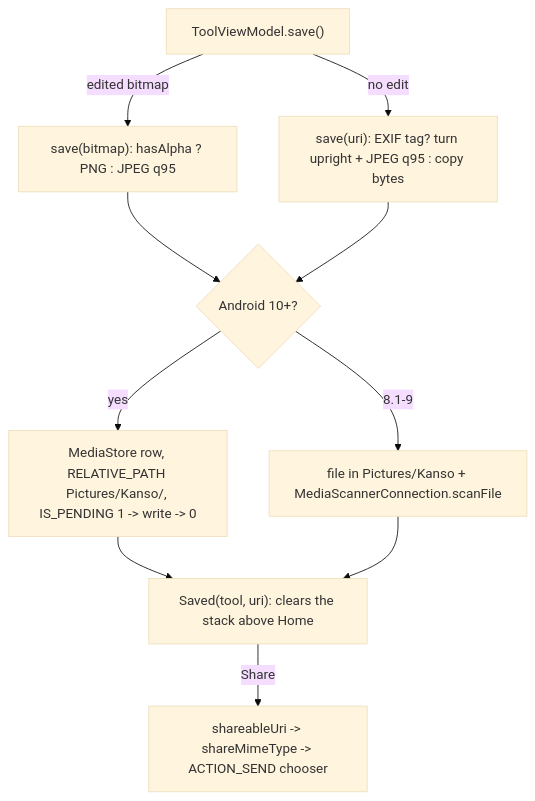
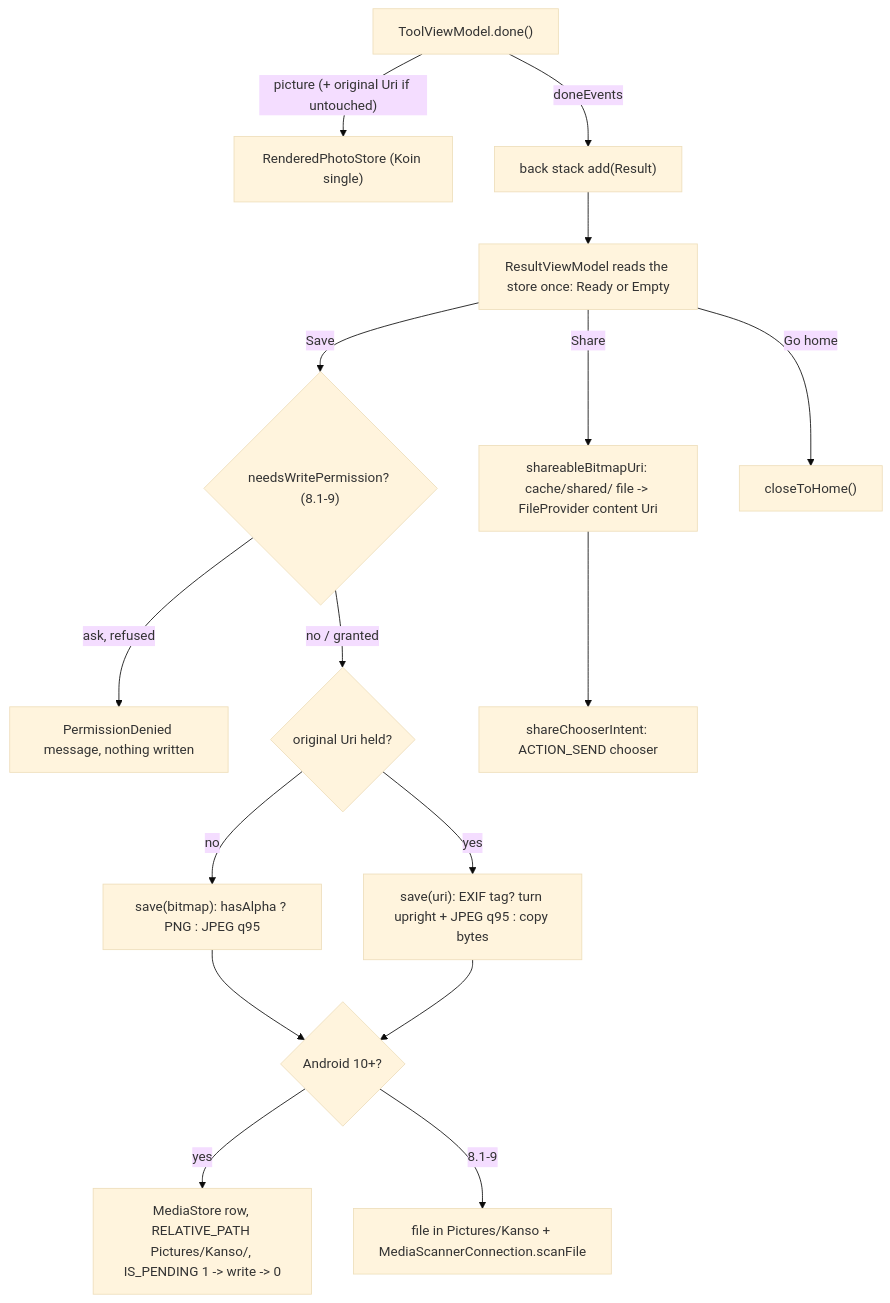
The diagram in docs/features/saving-and-share.md (Phong-Kaster/Kanso), drawn with Mermaid (base theme) before and after one commit. The commit also changed other lines of this file and 39 other files, not shown here.

Commit message:
loop(phase-6): Edit docs, ADR-003, glossary and 14 new Edit pictures; every task complete

````diff
--- a/docs/features/saving-and-share.md
+++ b/docs/features/saving-and-share.md
@@ -43,12 +60,18 @@
 ```mermaid
 flowchart TD
-    A["ToolViewModel.save()"] -->|"edited bitmap"| B["save(bitmap): hasAlpha ? PNG : JPEG q95"]
-    A -->|"no edit"| C["save(uri): EXIF tag? turn upright + JPEG q95 : copy bytes"]
-    B --> D{"Android 10+?"}
-    C --> D
-    D -->|yes| E["MediaStore row, RELATIVE_PATH Pictures/Kanso/, IS_PENDING 1 -> write -> 0"]
-    D -->|"8.1-9"| F["file in Pictures/Kanso + MediaScannerConnection.scanFile"]
-    E --> G["Saved(tool, uri): clears the stack above Home"]
-    F --> G
-    G -->|Share| H["shareableUri -> shareMimeType -> ACTION_SEND chooser"]
+    D["ToolViewModel.done()"] -->|"picture (+ original Uri if untouched)"| S["RenderedPhotoStore (Koin single)"]
+    D -->|"doneEvents"| N["back stack add(Result)"]
+    N --> R["ResultViewModel reads the store once: Ready or Empty"]
+    R -->|Save| P{"needsWritePermission? (8.1-9)"}
+    P -->|"ask, refused"| PD["PermissionDenied message, nothing written"]
+    P -->|"no / granted"| SV{"original Uri held?"}
+    SV -->|yes| C["save(uri): EXIF tag? turn upright + JPEG q95 : copy bytes"]
+    SV -->|no| B["save(bitmap): hasAlpha ? PNG : JPEG q95"]
+    B --> M{"Android 10+?"}
+    C --> M
+    M -->|yes| E["MediaStore row, RELATIVE_PATH Pictures/Kanso/, IS_PENDING 1 -> write -> 0"]
+    M -->|"8.1-9"| F["file in Pictures/Kanso + MediaScannerConnection.scanFile"]
+    R -->|Share| SH["shareableBitmapUri: cache/shared/ file -> FileProvider content Uri"]
+    SH --> CH["shareChooserIntent: ACTION_SEND chooser"]
+    R -->|"Go home"| H["closeToHome()"]
 ```
````
